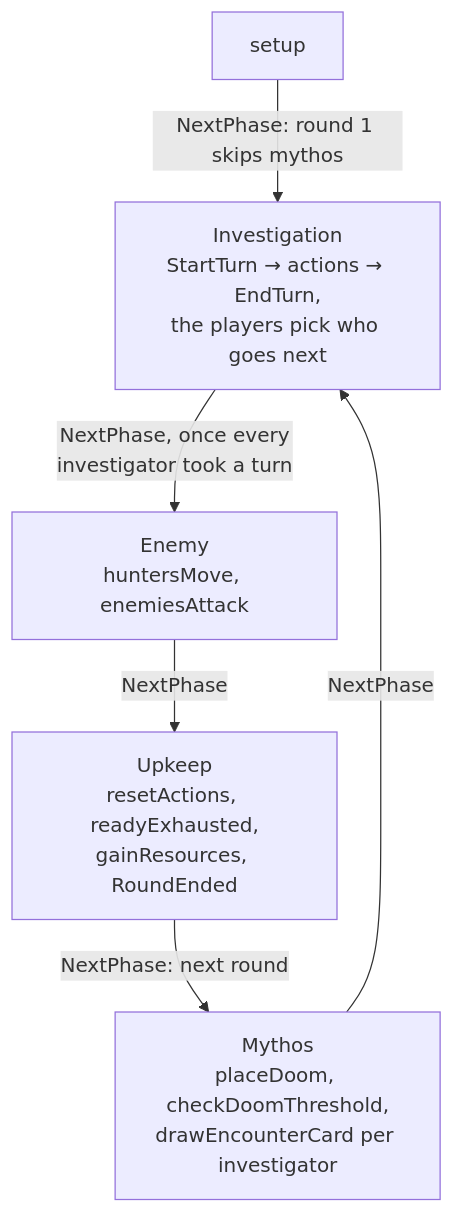
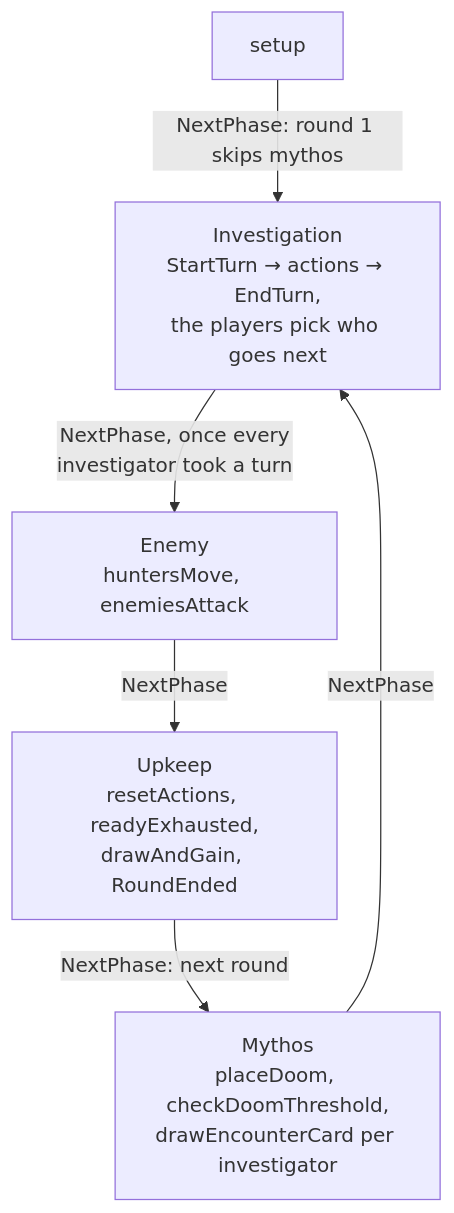
Before and after one commit to macandy13/arkham-companion: the diagram in docs/architecture/rounds-phases-and-turns.md, drawn with Mermaid. The commit also changed other lines of this file and 10 other files, not shown here.

First line of the commit message:
feat: remind the players of the upkeep card draw (M3.13d1)

````diff
--- a/docs/architecture/rounds-phases-and-turns.md
+++ b/docs/architecture/rounds-phases-and-turns.md
@@ -13,8 +13,8 @@
 ```mermaid
 flowchart TD
   SETUP["setup"] -- "NextPhase: round 1 skips mythos" --> INV
   MYTH["Mythos<br/>placeDoom, checkDoomThreshold,<br/>drawEncounterCard per investigator"] -- NextPhase --> INV
   INV["Investigation<br/>StartTurn → actions → EndTurn,<br/>the players pick who goes next"] -- "NextPhase, once every<br/>investigator took a turn" --> EN
   EN["Enemy<br/>huntersMove, enemiesAttack"] -- NextPhase --> UP
-  UP["Upkeep<br/>resetActions, readyExhausted,<br/>gainResources, RoundEnded"] -- "NextPhase: next round" --> MYTH
+  UP["Upkeep<br/>resetActions, readyExhausted,<br/>drawAndGain, RoundEnded"] -- "NextPhase: next round" --> MYTH
 ```
````
